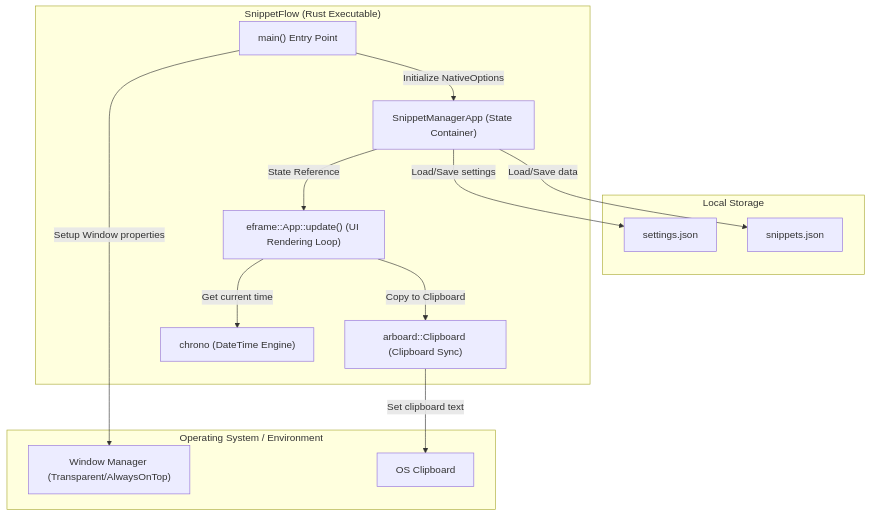
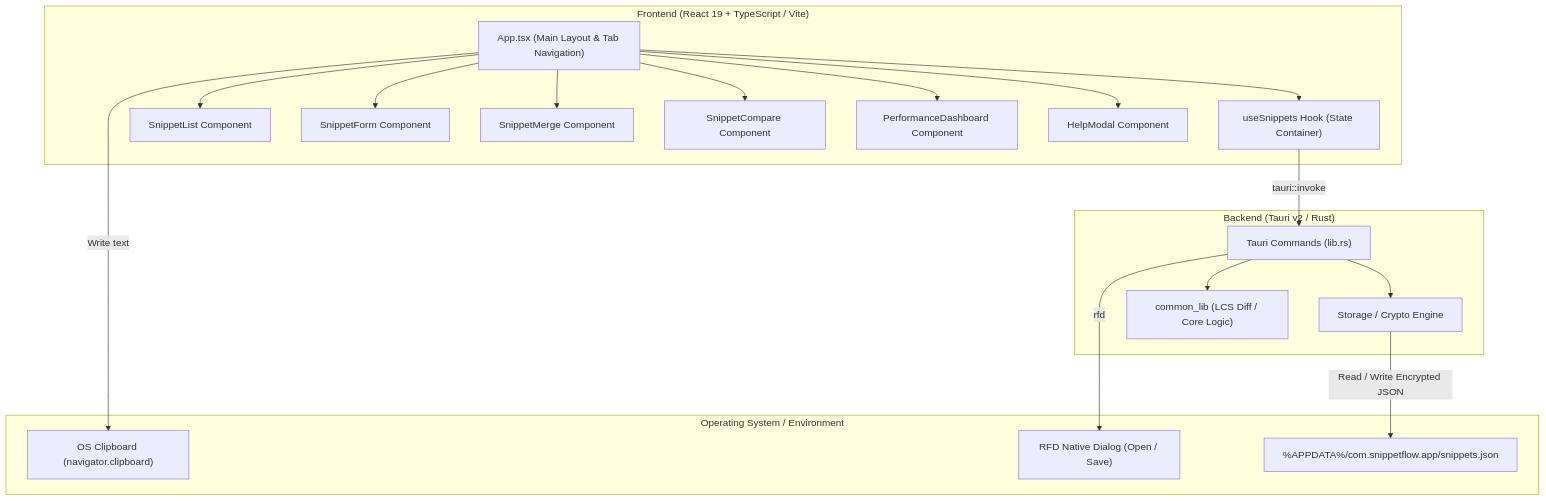
Before and after one commit to tkshnkgwr/SnippetFlow: the first of 6 diagrams in docs/ja/DIAGRAM.md, drawn with Mermaid. The commit also changed other lines of this file and 34 other files, not shown here.

````diff
--- a/docs/ja/DIAGRAM.md
+++ b/docs/ja/DIAGRAM.md
@@ -13,29 +13,40 @@
 ```mermaid
 graph TD
-    subgraph OS ["Operating System / Environment"]
-        Clipboard["OS Clipboard"]
-        WinAPI["Window Manager (Transparent/AlwaysOnTop)"]
+    subgraph Frontend ["Frontend (React 19 + TypeScript / Vite)"]
+        UI["App.tsx (Main Layout & Tab Navigation)"]
+        Hook["useSnippets Hook (State Container)"]
+        List["SnippetList Component"]
+        Form["SnippetForm Component"]
+        Merge["SnippetMerge Component"]
+        Compare["SnippetCompare Component"]
+        Stats["PerformanceDashboard Component"]
+        Help["HelpModal Component"]
     end
 
-    subgraph Storage ["Local Storage"]
-        JSON["snippets.json"]
-        SettingsJSON["settings.json"]
+    subgraph Backend ["Backend (Tauri v2 / Rust)"]
+        Cmd["Tauri Commands (lib.rs)"]
+        Storage["Storage / Crypto Engine"]
+        CommonLib["common_lib (LCS Diff / Core Logic)"]
     end
 
-    subgraph SnippetFlow ["SnippetFlow (Rust Executable)"]
-        main["main() Entry Point"]
-        app["SnippetManagerApp (State Container)"]
-        ui["eframe::App::update() (UI Rendering Loop)"]
-        cb["arboard::Clipboard (Clipboard Sync)"]
-        chrono["chrono (DateTime Engine)"]
+    subgraph OS ["Operating System / Environment"]
+        Clipboard["OS Clipboard (navigator.clipboard)"]
+        Dialog["RFD Native Dialog (Open / Save)"]
+        AppData["%APPDATA%/com.snippetflow.app/snippets.json"]
     end
 
-    main -->|Initialize NativeOptions| app
-    app -->|Load/Save data| JSON
-    app -->|Load/Save settings| SettingsJSON
-    app -->|State Reference| ui
-    ui -->|Copy to Clipboard| cb
-    cb -->|Set clipboard text| Clipboard
-    ui -->|Get current time| chrono
-    main -->|Setup Window properties| WinAPI
+    UI --> Hook
+    UI --> List
+    UI --> Form
+    UI --> Merge
+    UI --> Compare
+    UI --> Stats
+    UI --> Help
+
+    Hook -->|tauri::invoke| Cmd
+    Cmd --> Storage
+    Cmd --> CommonLib
+    Cmd -->|rfd| Dialog
+    Storage -->|Read / Write Encrypted JSON| AppData
+    UI -->|Write text| Clipboard
 ```
````
